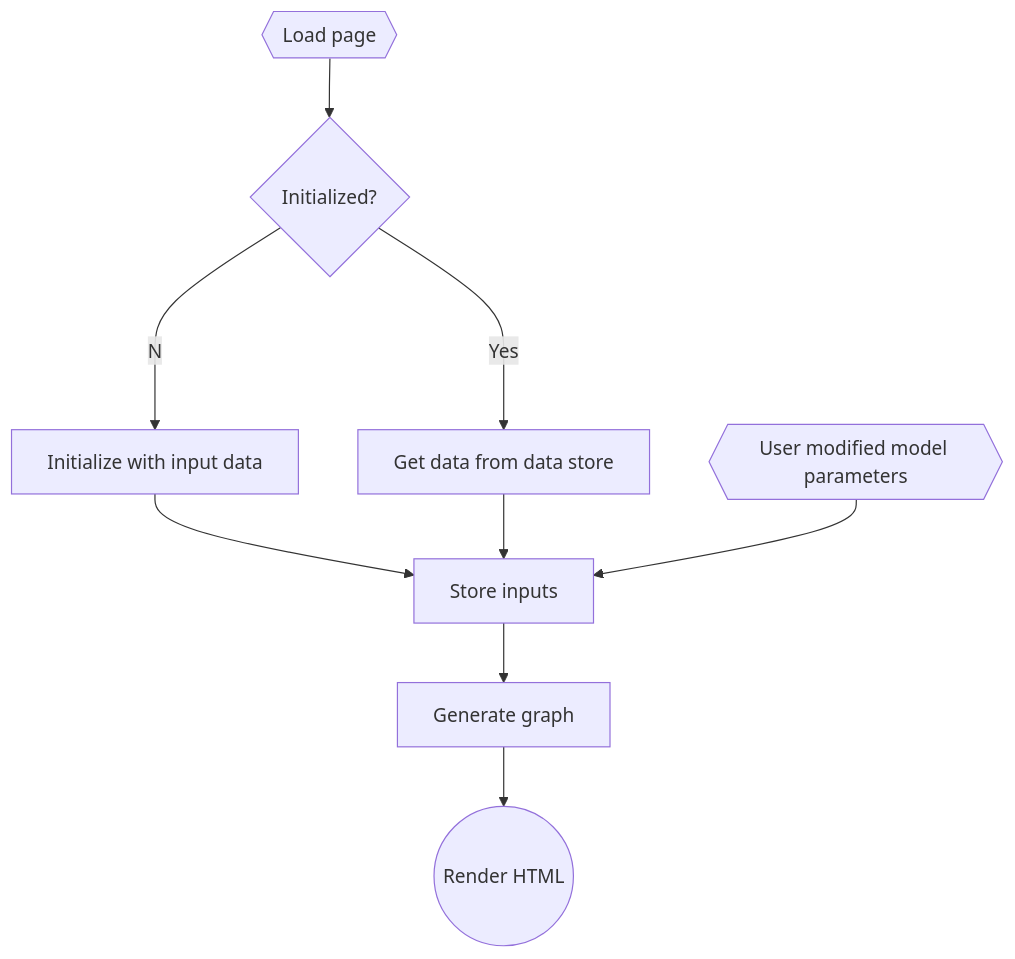
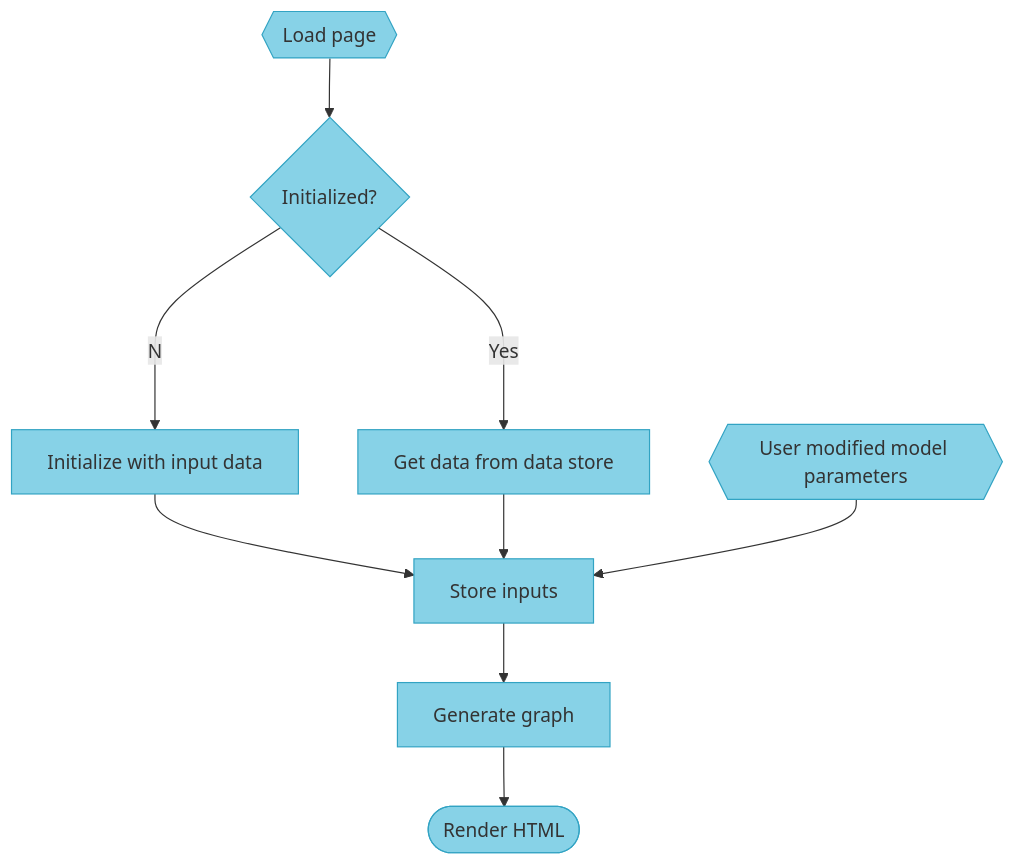
One commit to lizzjs/FLORIS-Dash changed the diagram in docs/model_builder_arch.mmd. Above: the diagram before and after it, drawn with Mermaid. The commit also changed 1 other file, not shown here.

Commit message:
Architecture and data flow diagrams

```diff
--- a/docs/model_builder_arch.mmd
+++ b/docs/model_builder_arch.mmd
@@ -1,8 +1,18 @@
+
 graph TD;
 
 A{{Load page}}-->B{Initialized?}
 B{Initialized?}--No-->D[Initialize with input data]-->F[Store inputs]
 B{Initialized?}--Yes-->I[Get data from data store]-->F[Store inputs]
 G{{User modified model parameters}}-->F[Save inputs in data store]
 F[Store inputs]-->E[Generate graph]
-E[Generate graph]-->J((Render HTML))
+E[Generate graph]-->J([Render HTML])
+
+style A fill:#87d2e7,stroke:#32a3c3,stroke-width:1px
+style B fill:#87d2e7,stroke:#32a3c3,stroke-width:1px
+style D fill:#87d2e7,stroke:#32a3c3,stroke-width:1px
+style E fill:#87d2e7,stroke:#32a3c3,stroke-width:1px
+style F fill:#87d2e7,stroke:#32a3c3,stroke-width:1px
+style G fill:#87d2e7,stroke:#32a3c3,stroke-width:1px
+style I fill:#87d2e7,stroke:#32a3c3,stroke-width:1px
+style J fill:#87d2e7,stroke:#32a3c3,stroke-width:1px
```
